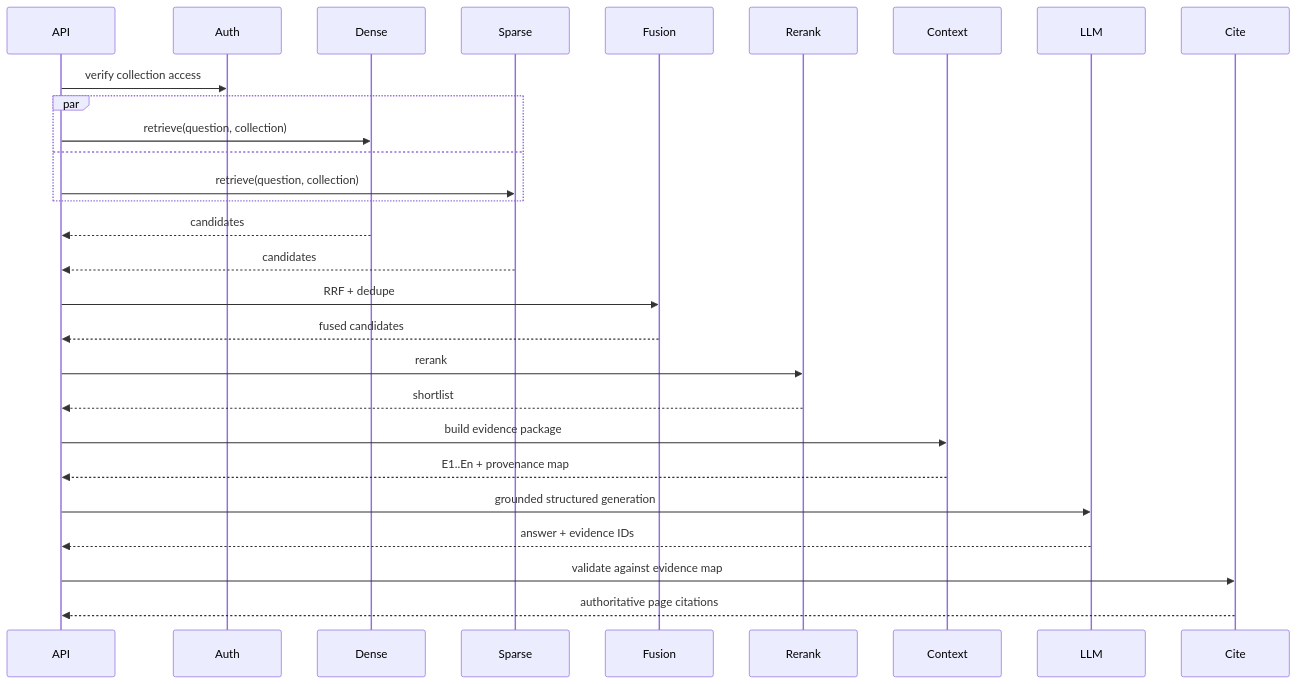
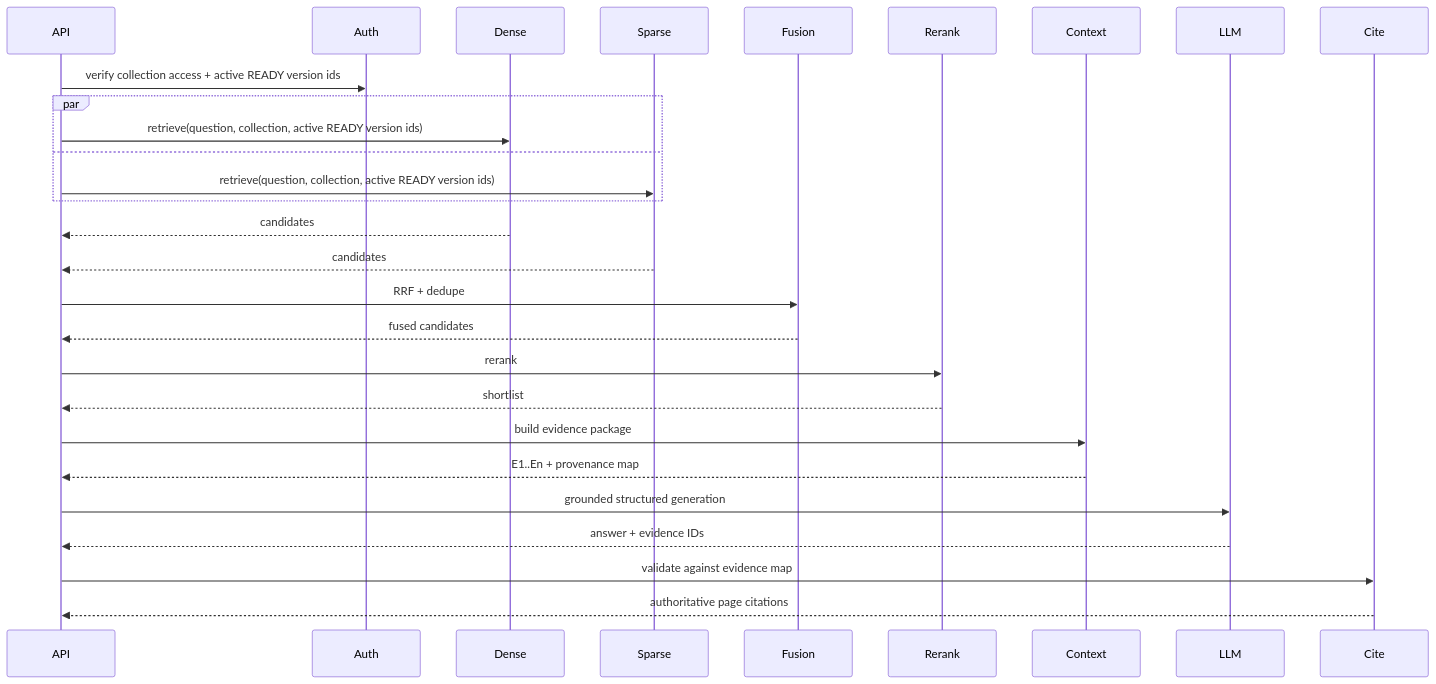
Before and after one commit to pranjulya/cited-RAG-Bot: the first of 2 diagrams in docs/architecture/LLD.md, drawn with Mermaid. The commit also changed other lines of this file and 11 other files, not shown here.

````diff
--- a/docs/architecture/LLD.md
+++ b/docs/architecture/LLD.md
@@ -978,31 +978,31 @@
 ```mermaid
 sequenceDiagram
     participant API
     participant Auth
     participant Dense
     participant Sparse
     participant Fusion
     participant Rerank
     participant Context
     participant LLM
     participant Cite
 
-    API->>Auth: verify collection access
+    API->>Auth: verify collection access + active READY version ids
     par
-        API->>Dense: retrieve(question, collection)
+        API->>Dense: retrieve(question, collection, active READY version ids)
     and
-        API->>Sparse: retrieve(question, collection)
+        API->>Sparse: retrieve(question, collection, active READY version ids)
     end
     Dense-->>API: candidates
     Sparse-->>API: candidates
     API->>Fusion: RRF + dedupe
     Fusion-->>API: fused candidates
     API->>Rerank: rerank
     Rerank-->>API: shortlist
     API->>Context: build evidence package
     Context-->>API: E1..En + provenance map
     API->>LLM: grounded structured generation
     LLM-->>API: answer + evidence IDs
     API->>Cite: validate against evidence map
     Cite-->>API: authoritative page citations
 ```
````
